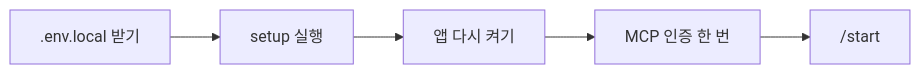
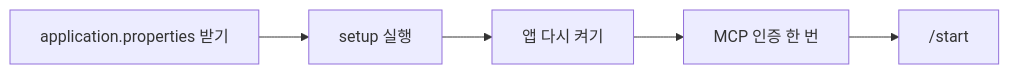
The first of 4 diagrams in README.md (Jung-aejin/nyangmeong-backend), drawn with Mermaid before and after one commit. The commit also changed other lines of this file and 15 other files, not shown here.

First line of the commit message:
[LJS] chore: 스프링 설정을 application.properties(git 제외)로 바꾼다

````diff
--- a/README.md
+++ b/README.md
@@ -10,4 +10,4 @@
 ```mermaid
 flowchart LR
-  E[.env.local 받기] --> A[setup 실행] --> B[앱 다시 켜기] --> C[MCP 인증 한 번] --> D["/start"]
+  E[application.properties 받기] --> A[setup 실행] --> B[앱 다시 켜기] --> C[MCP 인증 한 번] --> D["/start"]
 ```
````
